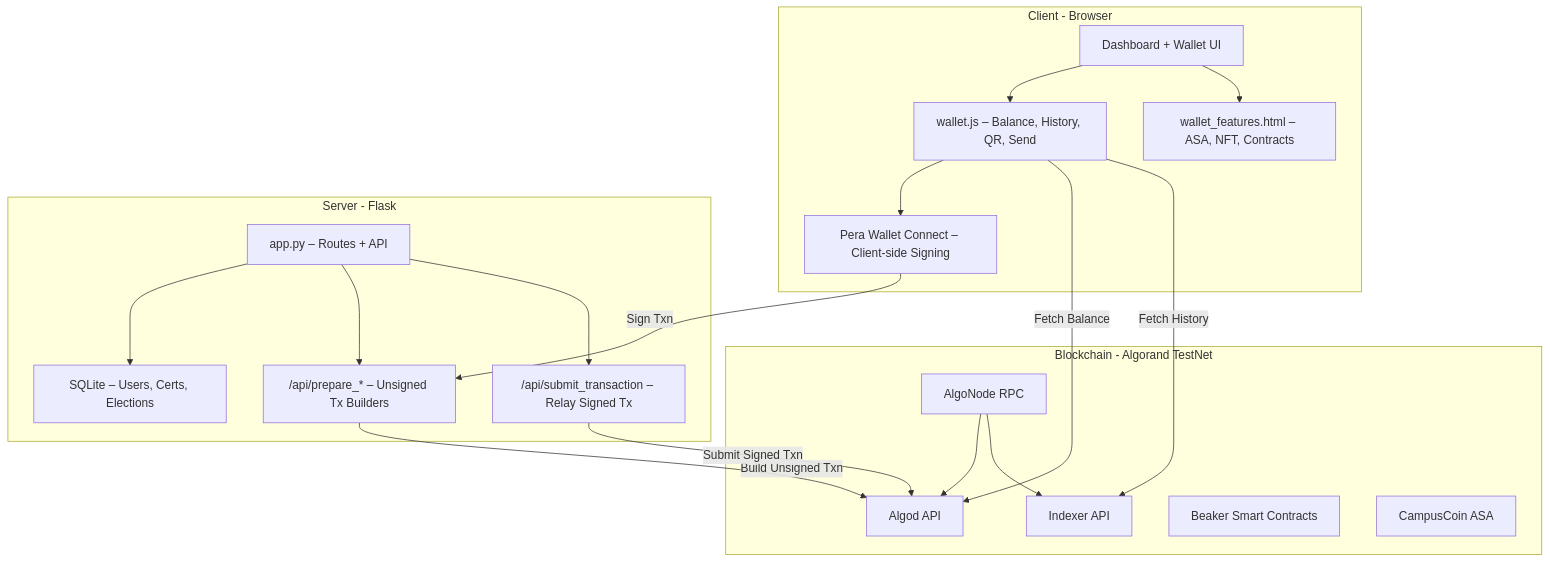
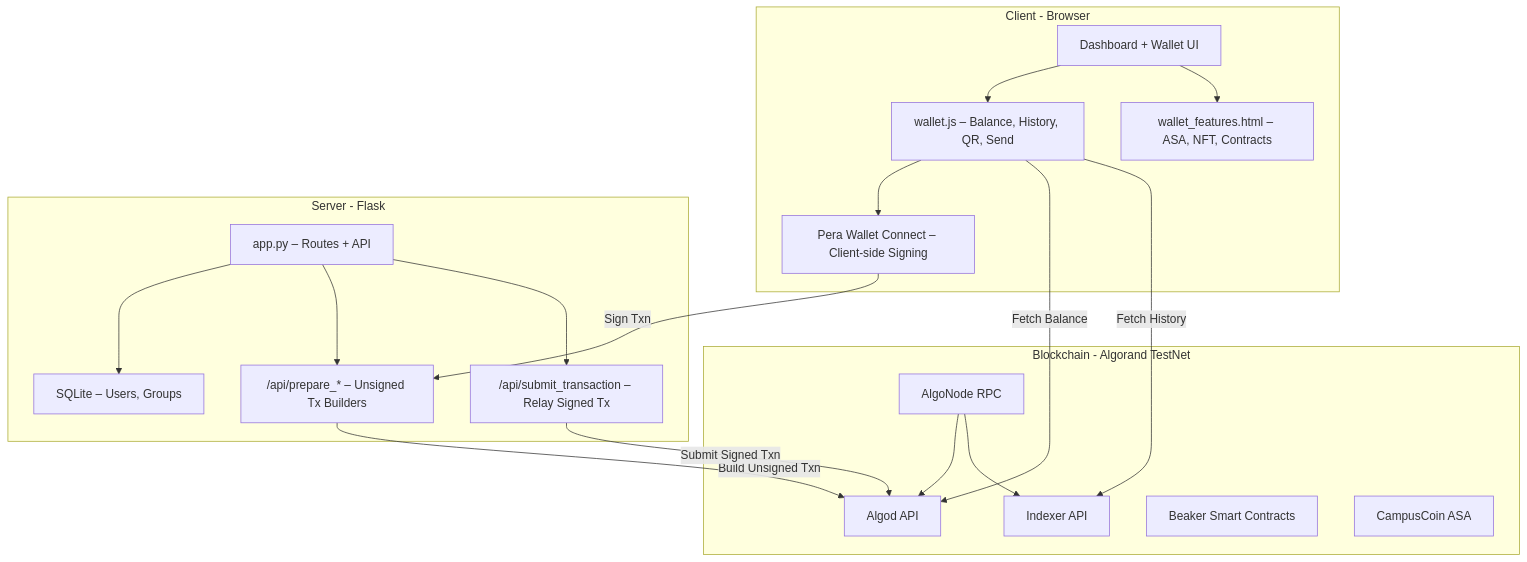
One commit to lucifer0906/RIFT changed the first of 2 diagrams in README.md. Above: the diagram before and after it, drawn with Mermaid. The commit also changed other lines of this file and 2 other files, not shown here.

````diff
--- a/README.md
+++ b/README.md
@@ -86,27 +78,27 @@
 ```mermaid
 graph TB
     subgraph "Client - Browser"
         A[Dashboard + Wallet UI] --> B[wallet.js – Balance, History, QR, Send]
         B --> C[Pera Wallet Connect – Client-side Signing]
         A --> D[wallet_features.html – ASA, NFT, Contracts]
     end
 
     subgraph "Server - Flask"
-        E[app.py – Routes + API] --> F[SQLite – Users, Certs, Elections]
+        E[app.py – Routes + API] --> F[SQLite – Users, Groups]
         E --> G["/api/prepare_*" – Unsigned Tx Builders]
         E --> H["/api/submit_transaction" – Relay Signed Tx]
     end
 
     subgraph "Blockchain - Algorand TestNet"
         I[AlgoNode RPC] --> J[Algod API]
         I --> K[Indexer API]
         L[Beaker Smart Contracts]
         M[CampusCoin ASA]
     end
 
     C -->|Sign Txn| G
     G -->|Build Unsigned Txn| J
     H -->|Submit Signed Txn| J
     B -->|Fetch Balance| J
     B -->|Fetch History| K
 ```
````
